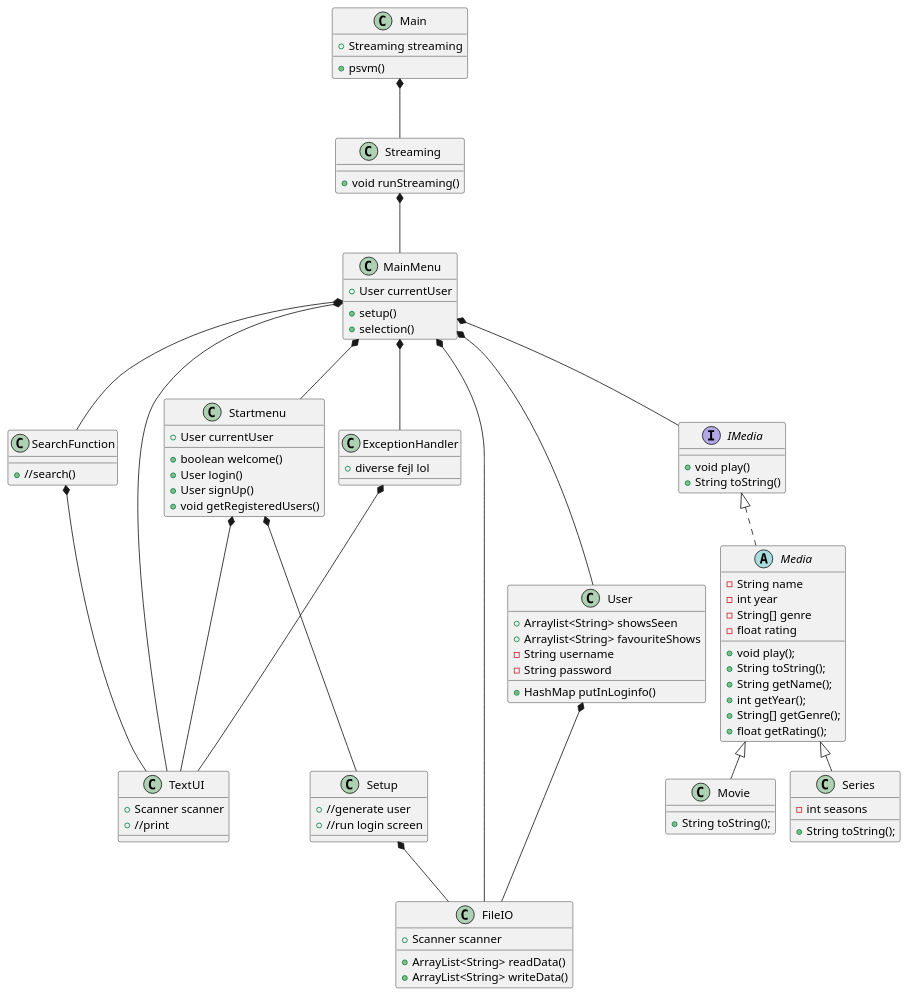
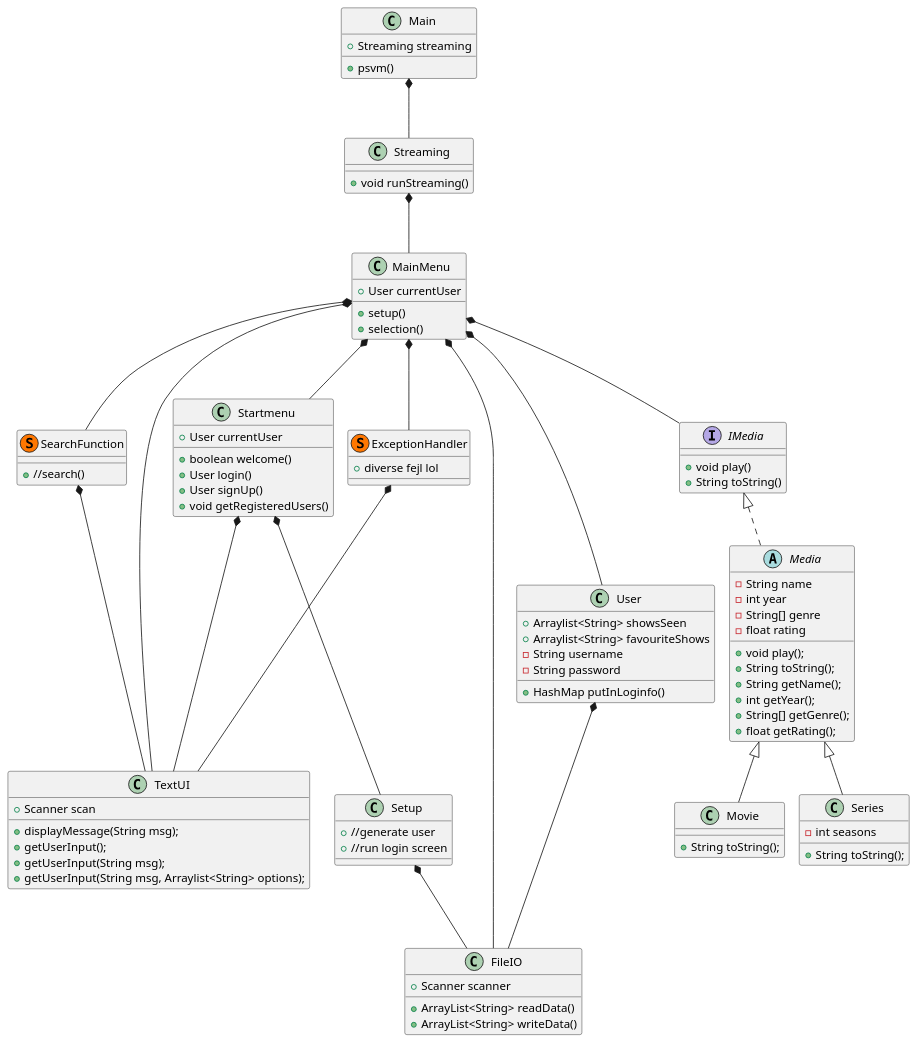
One commit to Sebbedeb/SP3---Streaming-Service changed the diagram in SP03/.idea/Class Diagram.puml. Above: the diagram before and after it, drawn with PlantUML. The commit also changed 2 other files, not shown here.

Commit message:
Created TextUI. Updated UML

```diff
--- a/SP03/.idea/Class Diagram.puml
+++ b/SP03/.idea/Class Diagram.puml
@@ -1,92 +1,95 @@
 @startuml
 'https://plantuml.com/class-diagram
 !pragma layout smetana
 
 class Main
 class MainMenu
 class Startmenu
 class TextUI
 class User
 class FileIO
-class ExceptionHandler
+class ExceptionHandler << (S,#FF7700) >>
 abstract class Media implements IMedia
 class Movie extends Media
 class Series extends Media
-class SearchFunction
+class SearchFunction << (S,#FF7700) >>
 class MainMenu
 class Streaming
 class Setup
 
 Main *--- Streaming
 Startmenu *--- Setup
 Streaming *--- MainMenu
 MainMenu *--- Startmenu
 MainMenu *---TextUI
 MainMenu *--- ExceptionHandler
 MainMenu *--- FileIO
 MainMenu *--- User
 MainMenu *--- IMedia
 MainMenu *--- SearchFunction
 User *--- FileIO
 SearchFunction *--- TextUI
 Startmenu *--- TextUI
 ExceptionHandler *--- TextUI
 Setup *--- FileIO
 
 Main : +psvm()
 Main : +Streaming streaming
 
 MainMenu : + User currentUser
 MainMenu : + setup()
 MainMenu : + selection()
 Streaming : + void runStreaming()
 
 Setup : + //generate user
 Setup : + //run login screen
 
 SearchFunction : +//search()
 
 Startmenu : + User currentUser
 Startmenu : + boolean welcome()
 Startmenu : + User login()
 Startmenu : + User signUp()
 Startmenu : + void getRegisteredUsers()
 
 FileIO : + Scanner scanner
 FileIO : + ArrayList<String> readData()
 FileIO : + ArrayList<String> writeData()
 
 
 User : + Arraylist<String> showsSeen
 User : + Arraylist<String> favouriteShows
 User : - String username
 User : - String password
 User : + HashMap putInLoginfo()
 
 
 IMedia : + void play()
 IMedia : + String toString()
 
-TextUI : + Scanner scanner
-TextUI : + //print
+TextUI : + Scanner scan
+TextUI : + displayMessage(String msg);
+TextUI : + getUserInput();
+TextUI : + getUserInput(String msg);
+TextUI : + getUserInput(String msg, Arraylist<String> options);
 
 ExceptionHandler : + diverse fejl lol
 
 Media : -String name
 Media : -int year
 Media : -String[] genre
 Media : -float rating
 Media : + void play();
 Media : + String toString();
 Media : + String getName();
 Media : + int getYear();
 Media : + String[] getGenre();
 Media : + float getRating();
 
 Movie : + String toString();
 
 Series : - int seasons
 Series : + String toString();
 
 
 @enduml
```
